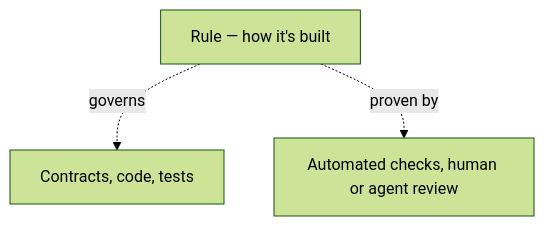
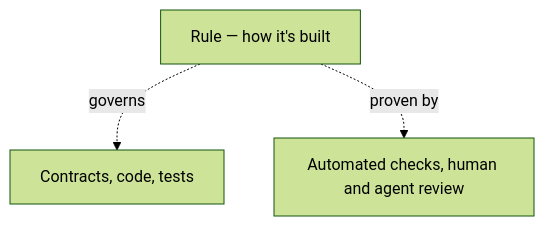
One commit to foreachpartners/main-spex changed the second of 2 diagrams in README.md. Above: the diagram before and after it, drawn with Mermaid (forest theme).

Commit message:
docs: clarify review includes humans and agents

````diff
--- a/README.md
+++ b/README.md
@@ -131,5 +131,5 @@
 ```mermaid
 flowchart TD
     Eng["Rule — how it's built"] -.governs.-> Flow["Contracts, code, tests"]
-    Eng -.proven by.-> Checks["Automated checks, human or agent review"]
+    Eng -.proven by.-> Checks["Automated checks, human and agent review"]
 ```
````
